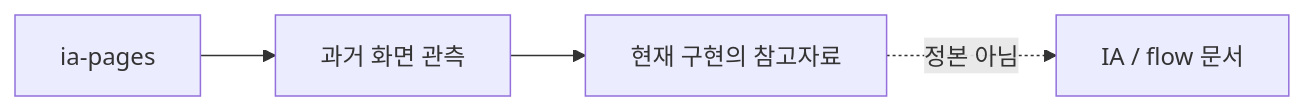
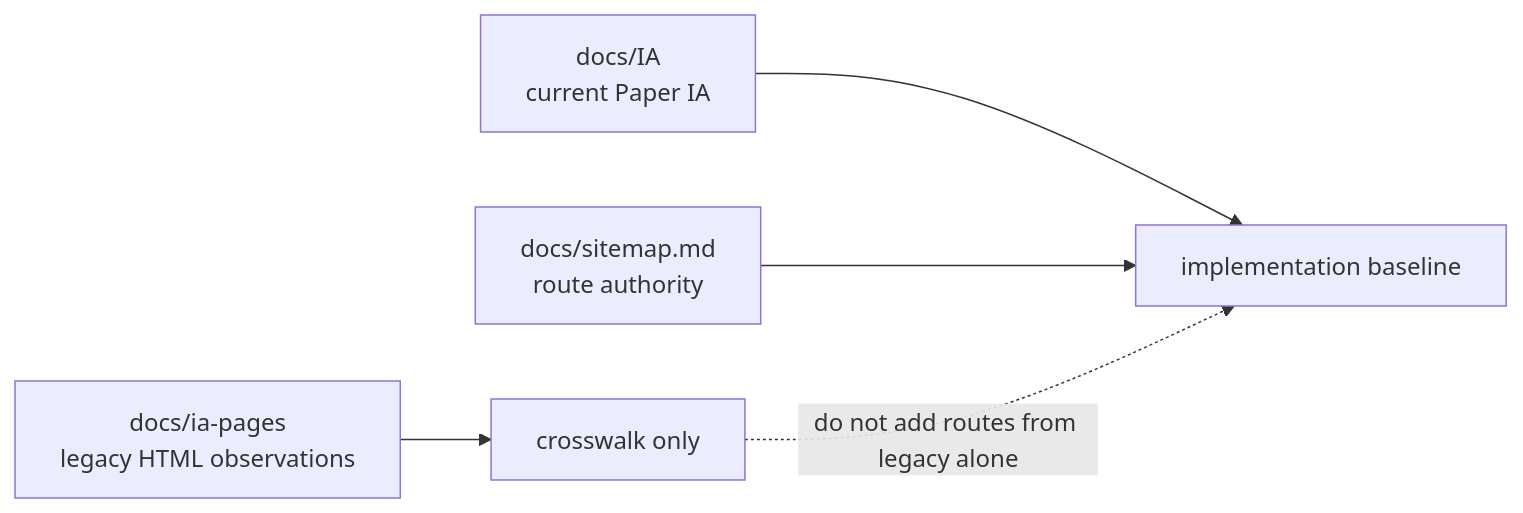
Before and after one commit to blackstarzck/topik-project-v13: the diagram in docs/ia-pages/README.md, drawn with Mermaid. The commit also changed other lines of this file and 37 other files, not shown here.

````diff
--- a/docs/ia-pages/README.md
+++ b/docs/ia-pages/README.md
@@ -8,6 +14,7 @@
 ```mermaid
 flowchart LR
-    A["ia-pages"] --> B["과거 화면 관측"]
-    B --> C["현재 구현의 참고자료"]
-    C -. "정본 아님" .-> D["IA / flow 문서"]
+    LEGACY["docs/ia-pages\nlegacy HTML observations"] --> CROSSWALK["crosswalk only"]
+    CURRENT["docs/IA\ncurrent Paper IA"] --> IMPLEMENT["implementation baseline"]
+    SITEMAP["docs/sitemap.md\nroute authority"] --> IMPLEMENT
+    CROSSWALK -. "do not add routes from legacy alone" .-> IMPLEMENT
 ```
````
